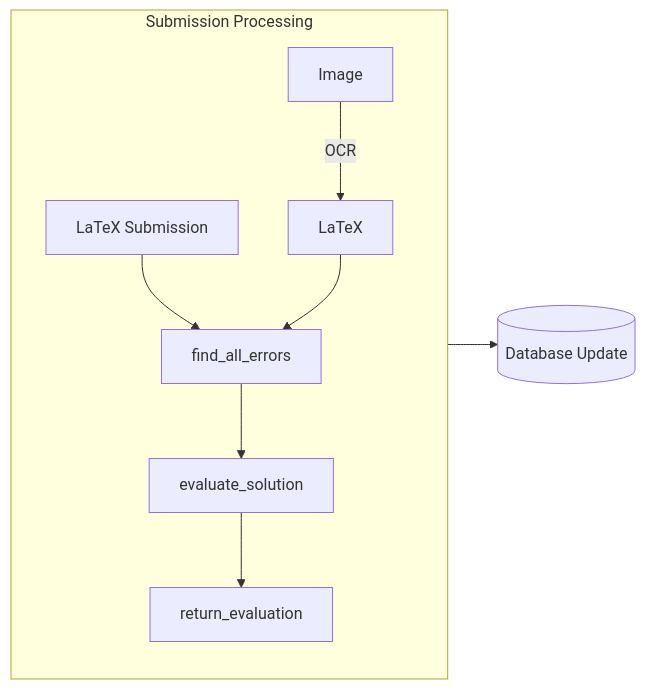
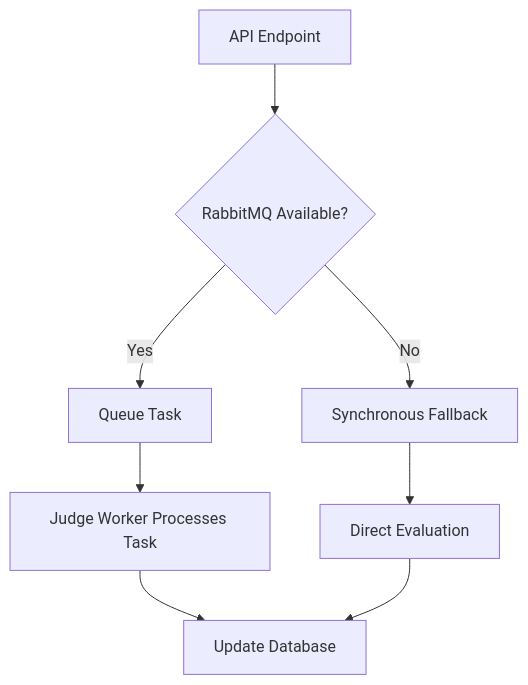
One commit to thanh913/MOOJ changed the third of 3 diagrams in docs/architecture.md. Above: the diagram before and after it, drawn with Mermaid. The commit also changed other lines of this file and 64 other files, not shown here.

````diff
--- a/docs/architecture.md
+++ b/docs/architecture.md
@@ -142,13 +185,10 @@
 ```mermaid
-flowchart LR
-    subgraph Submission Processing
-        direction TB
-        A[Image] -->|OCR| B[LaTeX]
-        C[LaTeX Submission] --> D
-        B --> D[find_all_errors]
-        D --> E[evaluate_solution]
-        E --> F[return_evaluation]
-    end
-    
-    F --> G[(Database Update)]
+flowchart TD
+    A[API Endpoint] --> B{RabbitMQ Available?}
+    B -->|Yes| C[Queue Task]
+    B -->|No| D[Synchronous Fallback]
+    C --> E[Judge Worker Processes Task]
+    D --> F[Direct Evaluation]
+    E --> G[Update Database]
+    F --> G
 ```
````
